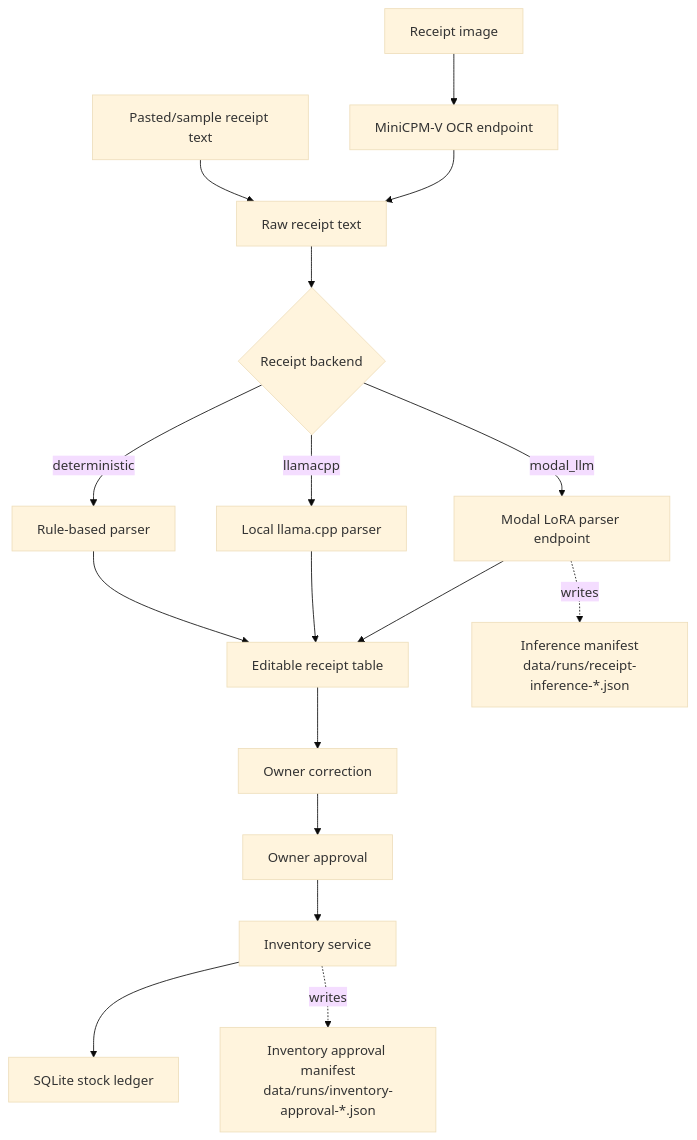
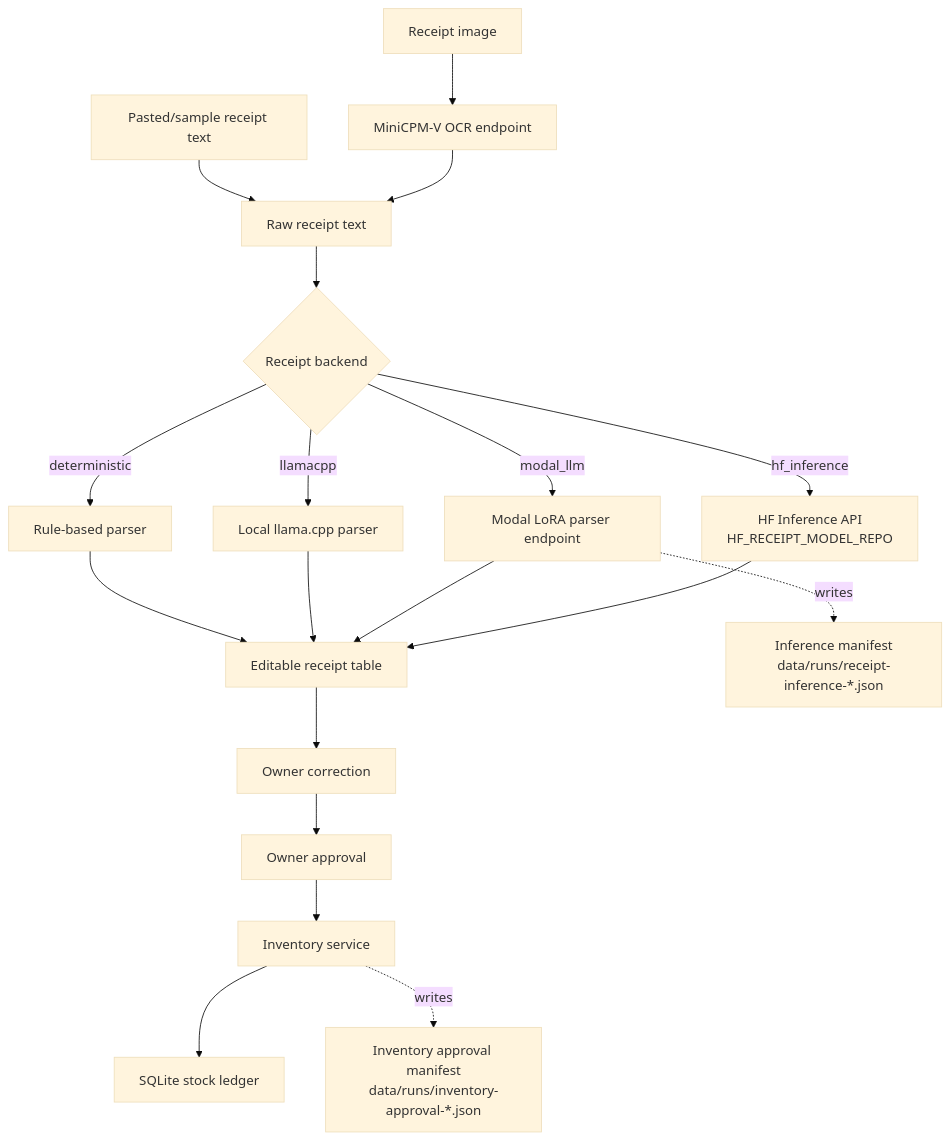
One commit to Zappandy/Small_Inventory_Agent changed the second of 2 diagrams in docs/pipeline_traceability.md. Above: the diagram before and after it, drawn with Mermaid (base theme). The commit also changed other lines of this file and 13 other files, not shown here.

````diff
--- a/docs/pipeline_traceability.md
+++ b/docs/pipeline_traceability.md
@@ -27,20 +30,22 @@
 ```mermaid
 flowchart TD
   A[Receipt image] --> B[MiniCPM-V OCR endpoint]
   B --> C[Raw receipt text]
   D[Pasted/sample receipt text] --> C
   C --> E{Receipt backend}
-  E -->|modal_llm| F[Modal LoRA parser endpoint]
-  E -->|llamacpp| G[Local llama.cpp parser]
-  E -->|deterministic| H[Rule-based parser]
-  F --> I[Editable receipt table]
-  G --> I
-  H --> I
-  I --> J[Owner correction]
-  J --> K[Owner approval]
-  K --> L[Inventory service]
-  L --> M[SQLite stock ledger]
+  E -->|hf_inference| F[HF Inference API<br/>HF_RECEIPT_MODEL_REPO]
+  E -->|modal_llm| G[Modal LoRA parser endpoint]
+  E -->|llamacpp| H[Local llama.cpp parser]
+  E -->|deterministic| I[Rule-based parser]
+  F --> J[Editable receipt table]
+  G --> J
+  H --> J
+  I --> J
+  J --> K[Owner correction]
+  K --> L[Owner approval]
+  L --> M[Inventory service]
+  M --> N[SQLite stock ledger]
 
-  F -. writes .-> N[Inference manifest<br/>data/runs/receipt-inference-*.json]
-  L -. writes .-> O[Inventory approval manifest<br/>data/runs/inventory-approval-*.json]
+  G -. writes .-> O[Inference manifest<br/>data/runs/receipt-inference-*.json]
+  M -. writes .-> P[Inventory approval manifest<br/>data/runs/inventory-approval-*.json]
 ```
````
